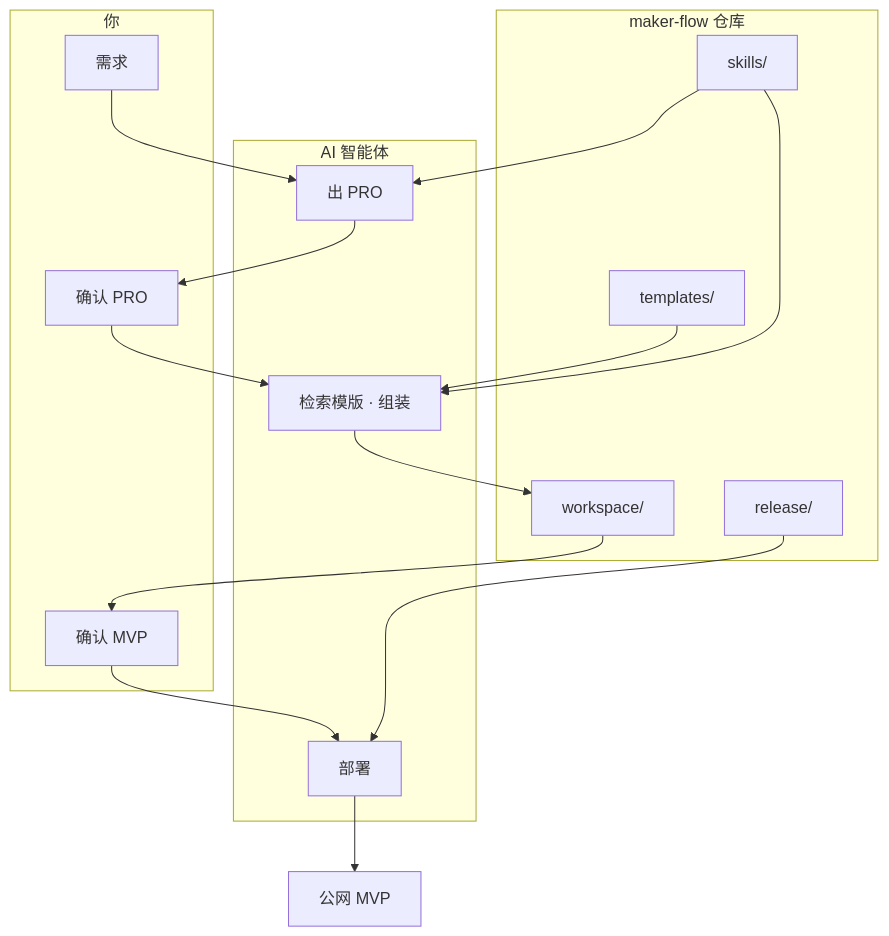
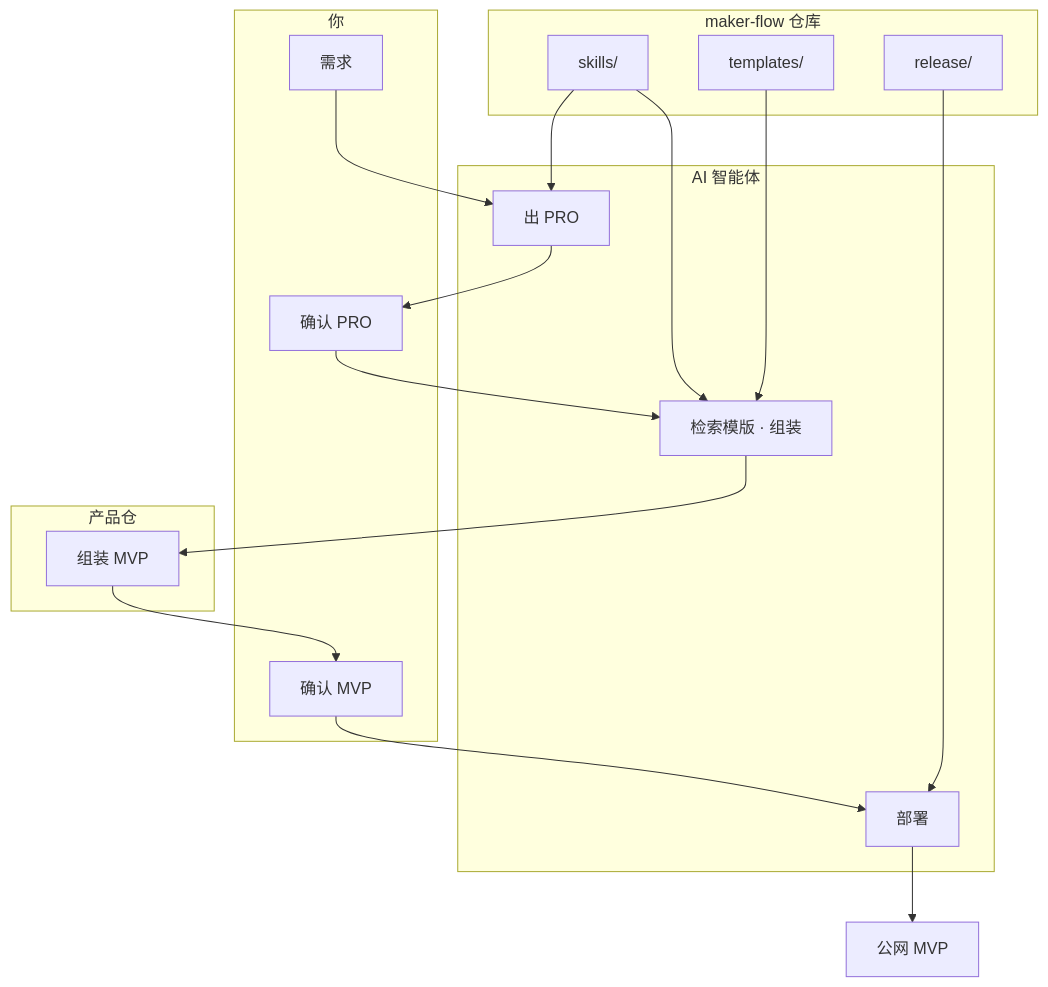
One commit to LJTian/maker-flow changed the diagram in docs/overview.zh-CN.md. Above: the diagram before and after it, drawn with Mermaid. The commit also changed other lines of this file and 55 other files, not shown here.

Commit message:
Remove workspace/; assemble MVPs only in product repos.

````diff
--- a/docs/overview.zh-CN.md
+++ b/docs/overview.zh-CN.md
@@ -19,33 +19,36 @@
 ```mermaid
 flowchart TB
     subgraph you ["你"]
         R[需求]
         G1[确认 PRO]
         G2[确认 MVP]
     end
 
     subgraph agent ["AI 智能体"]
         PRO[出 PRO]
         ASM[检索模版 · 组装]
         DEP[部署]
     end
 
     subgraph repo ["maker-flow 仓库"]
         SK[skills/]
         TP[templates/]
-        WS[workspace/]
         RL[release/]
+    end
+
+    subgraph product ["产品仓"]
+        PR[组装 MVP]
     end
 
     R --> PRO
     PRO --> G1
     G1 --> ASM
     SK --> PRO
     SK --> ASM
     TP --> ASM
-    ASM --> WS
-    WS --> G2
+    ASM --> PR
+    PR --> G2
     G2 --> DEP
     RL --> DEP
     DEP --> URL[公网 MVP]
 ```
````
